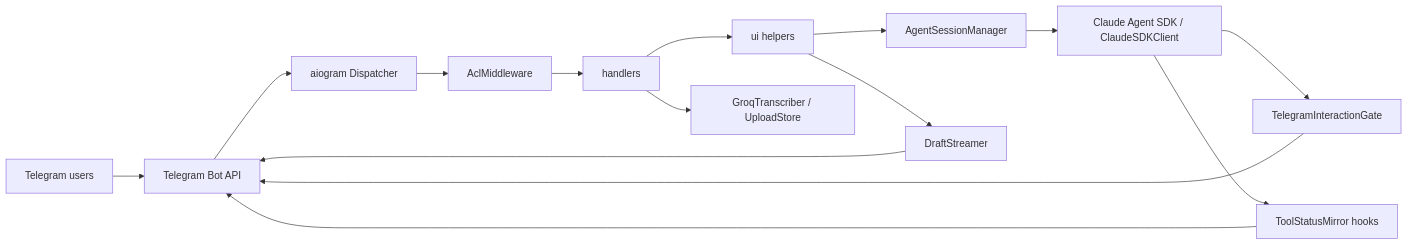
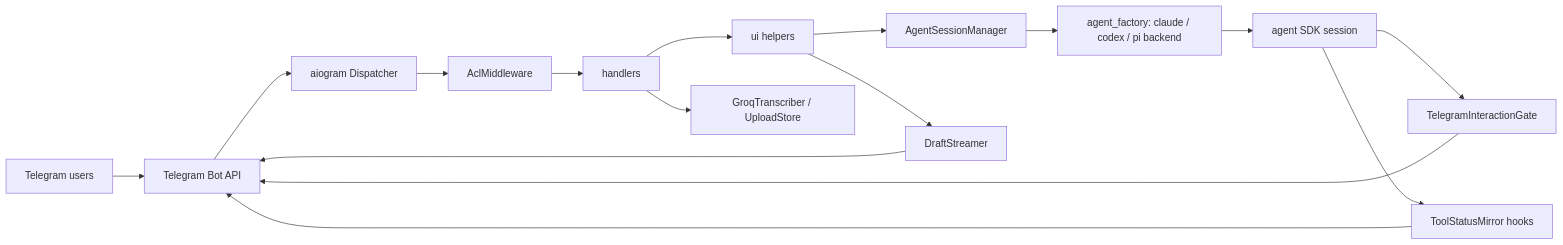
The first of 3 diagrams in docs/ARCHITECTURE.md (meniam/agent-bot-for-telegram), drawn with Mermaid before and after one commit. The commit also changed other lines of this file and 35 other files, not shown here.

````diff
--- a/docs/ARCHITECTURE.md
+++ b/docs/ARCHITECTURE.md
@@ -20,17 +21,18 @@
 ```mermaid
 flowchart LR
     TG[Telegram users] --> API[Telegram Bot API]
     API --> DP[aiogram Dispatcher]
     DP --> ACL[AclMiddleware]
     ACL --> H[handlers]
     H --> UI[ui helpers]
     UI --> ASM[AgentSessionManager]
-    ASM --> SDK[Claude Agent SDK / ClaudeSDKClient]
+    ASM --> Factory[agent_factory: claude / codex / pi backend]
+    Factory --> SDK[agent SDK session]
     SDK --> Gate[TelegramInteractionGate]
     Gate --> API
     SDK --> Hooks[ToolStatusMirror hooks]
     Hooks --> API
     H --> Services[GroqTranscriber / UploadStore]
     UI --> Draft[DraftStreamer]
     Draft --> API
 ```
````
